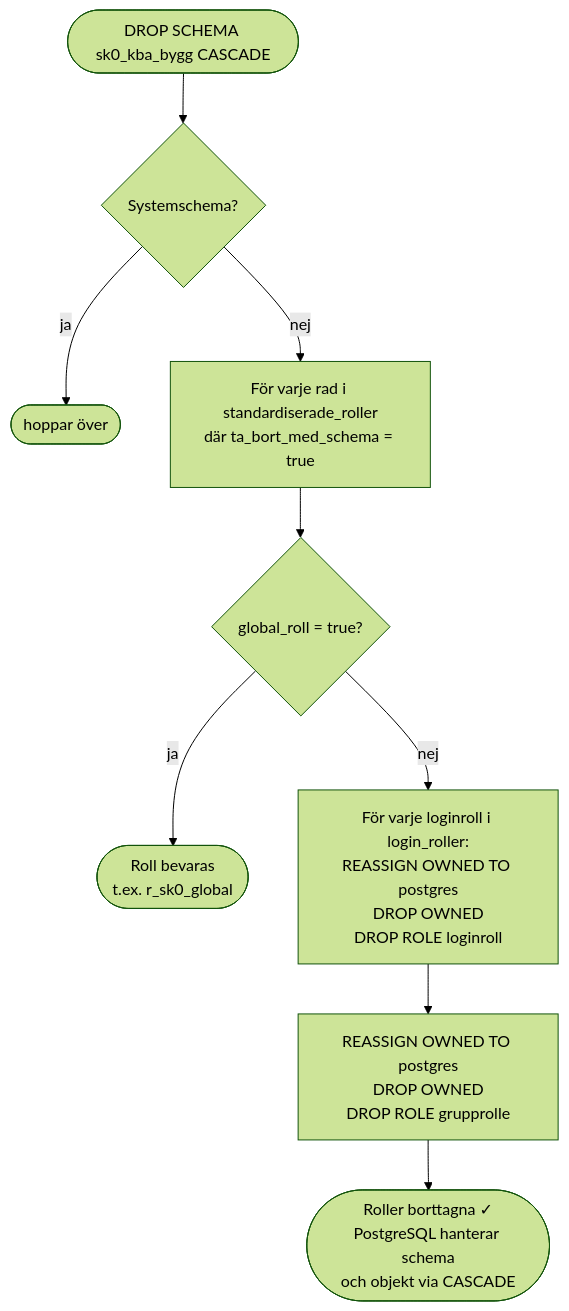
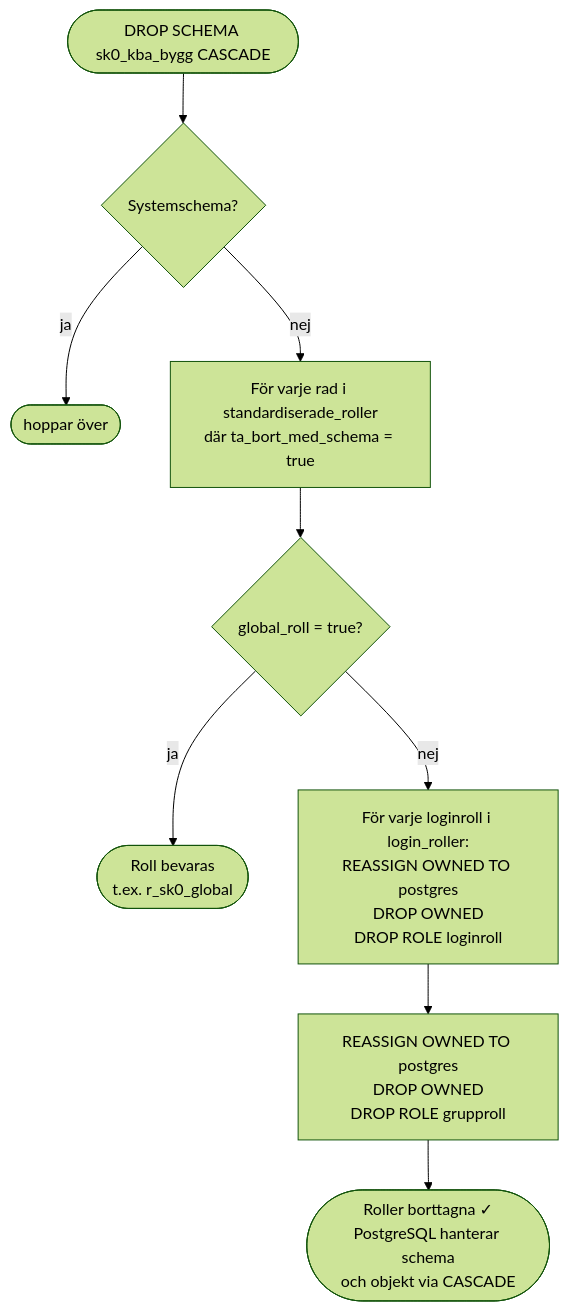
One commit to Geodata-Kungsbacka/Hex changed the eighth of 9 diagrams in LOGIC_MAP.md. Above: the diagram before and after it, drawn with Mermaid (forest theme). The commit also changed other lines of this file, not shown here.

````diff
--- a/LOGIC_MAP.md
+++ b/LOGIC_MAP.md
@@ -695,12 +695,12 @@
 ```mermaid
 flowchart TD
     START(["DROP SCHEMA sk0_kba_bygg CASCADE"])
     START --> SYS{"Systemschema?"}
     SYS --> |ja| SKIP(["hoppar över"])
     SYS --> |nej| LOOP["För varje rad i standardiserade_roller<br/>där ta_bort_med_schema = true"]
     LOOP --> GLOBAL{"global_roll = true?"}
     GLOBAL --> |ja| KEEP(["Roll bevaras<br/>t.ex. r_sk0_global"])
     GLOBAL --> |nej| LOGIN["För varje loginroll i login_roller:<br/>REASSIGN OWNED TO postgres<br/>DROP OWNED<br/>DROP ROLE loginroll"]
-    LOGIN --> GROUP["REASSIGN OWNED TO postgres<br/>DROP OWNED<br/>DROP ROLE grupprolle"]
+    LOGIN --> GROUP["REASSIGN OWNED TO postgres<br/>DROP OWNED<br/>DROP ROLE grupproll"]
     GROUP --> DONE(["Roller borttagna ✓<br/>PostgreSQL hanterar schema<br/>och objekt via CASCADE"])
 ```
````
